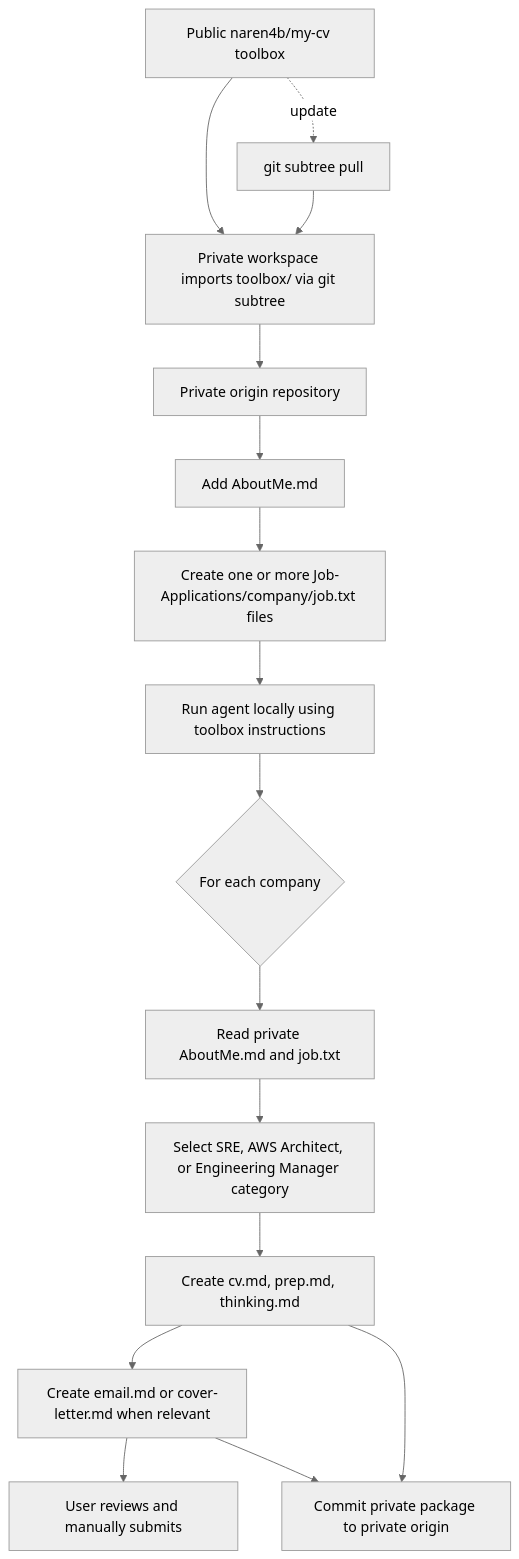
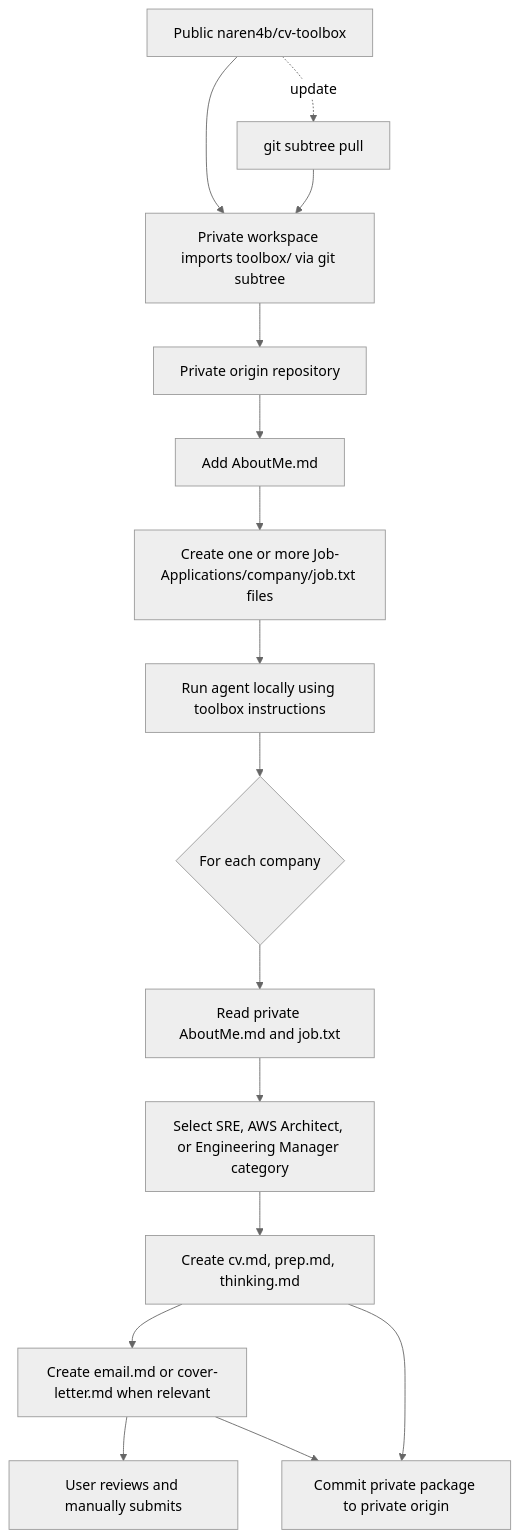
One commit to naren4b/cv-toolbox changed the diagram in Architecture.md. Above: the diagram before and after it, drawn with Mermaid (neutral theme). The commit also changed other lines of this file and 5 other files, not shown here.

````diff
--- a/Architecture.md
+++ b/Architecture.md
@@ -9,18 +9,18 @@
 ```mermaid
 flowchart TD
-    A[Public naren4b/my-cv toolbox] --> B[Private workspace imports toolbox/ via git subtree]
+    A[Public naren4b/cv-toolbox] --> B[Private workspace imports toolbox/ via git subtree]
     B --> C[Private origin repository]
     C --> D[Add AboutMe.md]
     D --> E[Create one or more Job-Applications/company/job.txt files]
     E --> F[Run agent locally using toolbox instructions]
     F --> G{For each company}
     G --> H[Read private AboutMe.md and job.txt]
     H --> I[Select SRE, AWS Architect, or Engineering Manager category]
     I --> J[Create cv.md, prep.md, thinking.md]
     J --> K[Create email.md or cover-letter.md when relevant]
     K --> L[User reviews and manually submits]
     J --> M[Commit private package to private origin]
     K --> M
     A -. update .-> N[git subtree pull]
     N --> B
 ```
````
